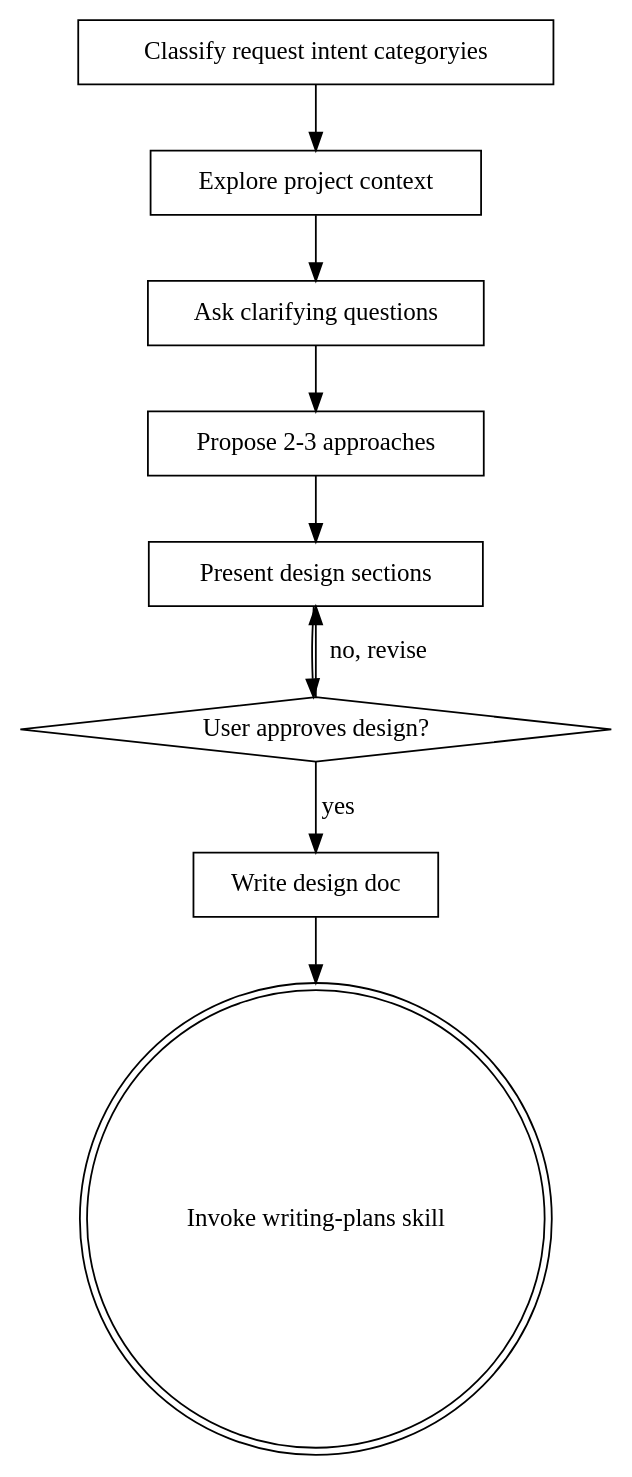
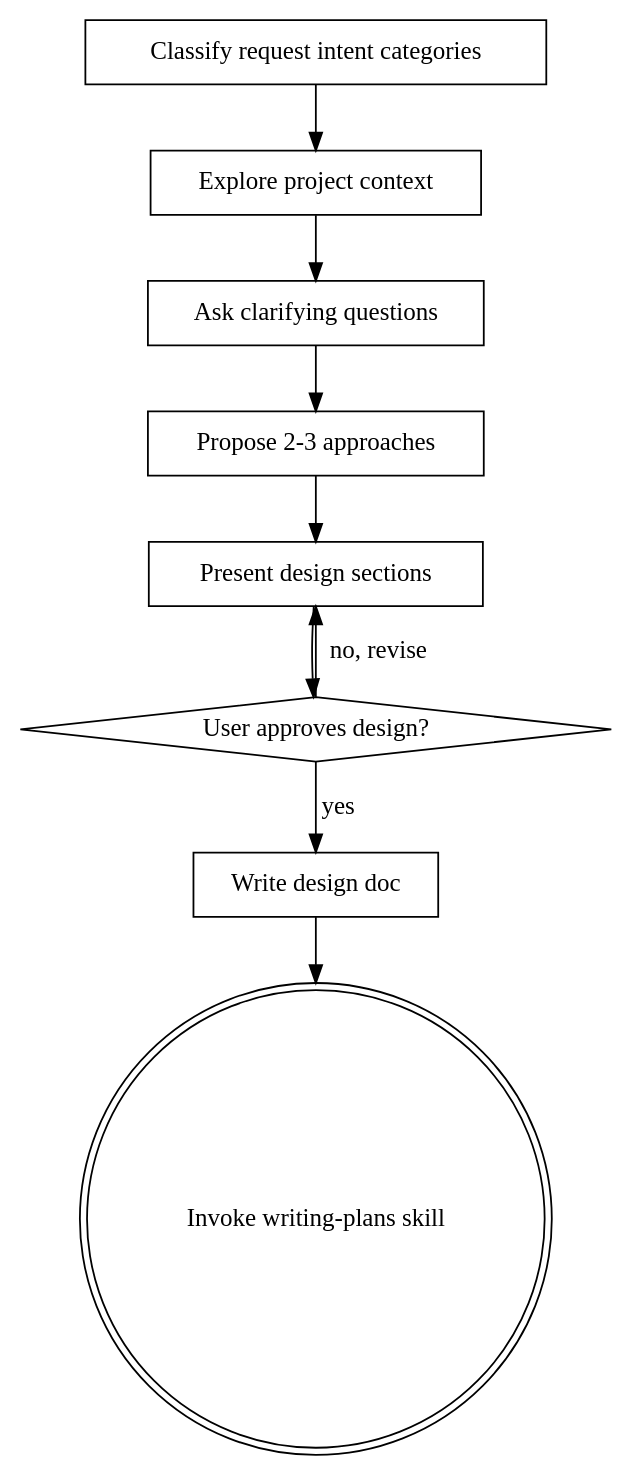
Before and after one commit to dongdokee/port-garden: the diagram in .agents/skills/brainstorming/SKILL.md, drawn with Graphviz. The commit also changed other lines of this file, not shown here.

````diff
--- a/.agents/skills/brainstorming/SKILL.md
+++ b/.agents/skills/brainstorming/SKILL.md
@@ -50,21 +50,21 @@
 ```dot
 digraph brainstorming {
-    "Classify request intent categoryies" [shape=box];
+    "Classify request intent categories" [shape=box];
     "Explore project context" [shape=box];
     "Ask clarifying questions" [shape=box];
     "Propose 2-3 approaches" [shape=box];
     "Present design sections" [shape=box];
     "User approves design?" [shape=diamond];
     "Write design doc" [shape=box];
     "Invoke writing-plans skill" [shape=doublecircle];
 
-    "Classify request intent categoryies" -> "Explore project context";
+    "Classify request intent categories" -> "Explore project context";
     "Explore project context" -> "Ask clarifying questions";
     "Ask clarifying questions" -> "Propose 2-3 approaches";
     "Propose 2-3 approaches" -> "Present design sections";
     "Present design sections" -> "User approves design?";
     "User approves design?" -> "Present design sections" [label="no, revise"];
     "User approves design?" -> "Write design doc" [label="yes"];
     "Write design doc" -> "Invoke writing-plans skill";
 }
 ```
````
